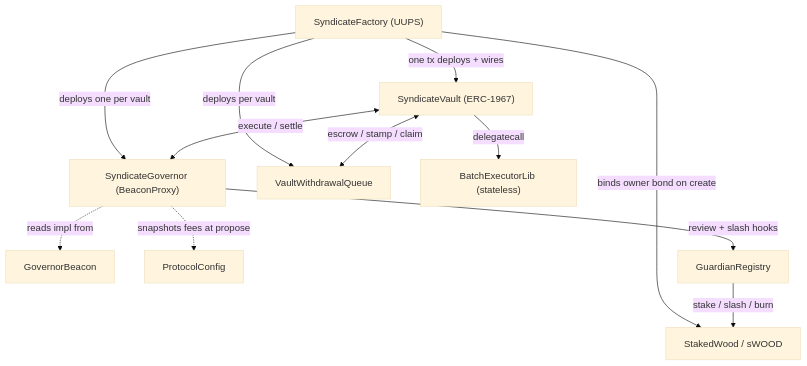
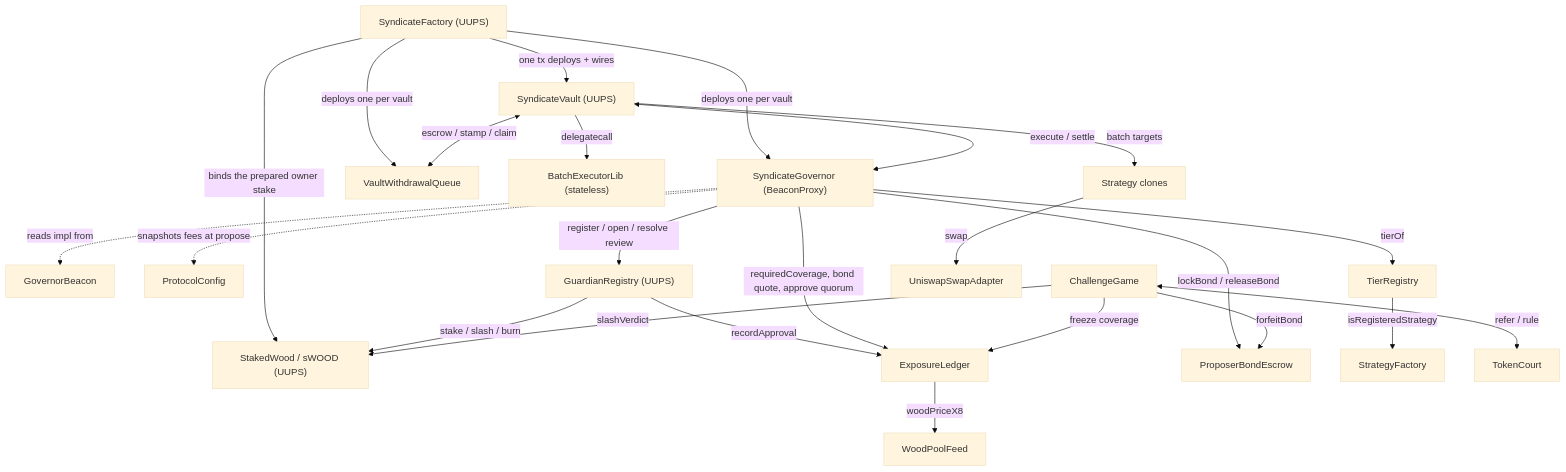
One commit to sherwoodagent/mintlify-docs changed the diagram in protocol/architecture.mdx. Above: the diagram before and after it, drawn with Mermaid (base theme). The commit also changed other lines of this file and 15 other files, not shown here.

````diff
--- a/protocol/architecture.mdx
+++ b/protocol/architecture.mdx
@@ -17,14 +17,26 @@
 ```mermaid
 graph TD
-    F["SyndicateFactory (UUPS)"] -->|one tx deploys + wires| V["SyndicateVault (ERC-1967)"]
+    F["SyndicateFactory (UUPS)"] -->|one tx deploys + wires| V["SyndicateVault (UUPS)"]
     F -->|deploys one per vault| G["SyndicateGovernor (BeaconProxy)"]
-    F -->|deploys per vault| Q["VaultWithdrawalQueue"]
-    F -->|binds owner bond on create| SW["StakedWood / sWOOD"]
+    F -->|deploys one per vault| Q["VaultWithdrawalQueue"]
+    F -->|binds the prepared owner stake| SW["StakedWood / sWOOD (UUPS)"]
     G -.->|reads impl from| GB["GovernorBeacon"]
     G -.->|snapshots fees at propose| PC["ProtocolConfig"]
-    G -->|review + slash hooks| R["GuardianRegistry"]
+    G -->|register / open / resolve review| R["GuardianRegistry (UUPS)"]
     R -->|stake / slash / burn| SW
+    R -->|recordApproval| EL["ExposureLedger"]
+    G -->|requiredCoverage, bond quote, approve quorum| EL
+    G -->|lockBond / releaseBond| PBE["ProposerBondEscrow"]
+    G -->|tierOf| TR["TierRegistry"]
+    TR -->|isRegisteredStrategy| SF["StrategyFactory"]
+    EL -->|woodPriceX8| WPF["WoodPoolFeed"]
+    CG["ChallengeGame"] -->|freeze coverage| EL
+    CG -->|slashVerdict| SW
+    CG -->|forfeitBond| PBE
+    CG <-->|refer / rule| TC["TokenCourt"]
     V <-->|execute / settle| G
     V -->|delegatecall| B["BatchExecutorLib (stateless)"]
     V <-->|escrow / stamp / claim| Q
+    V -->|batch targets| S["Strategy clones"]
+    S -->|swap| UA["UniswapSwapAdapter"]
 ```
````
